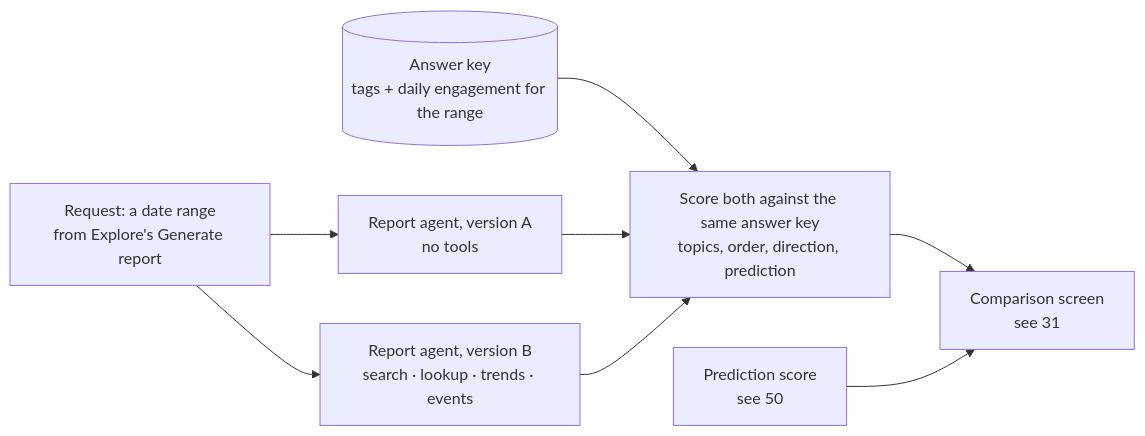
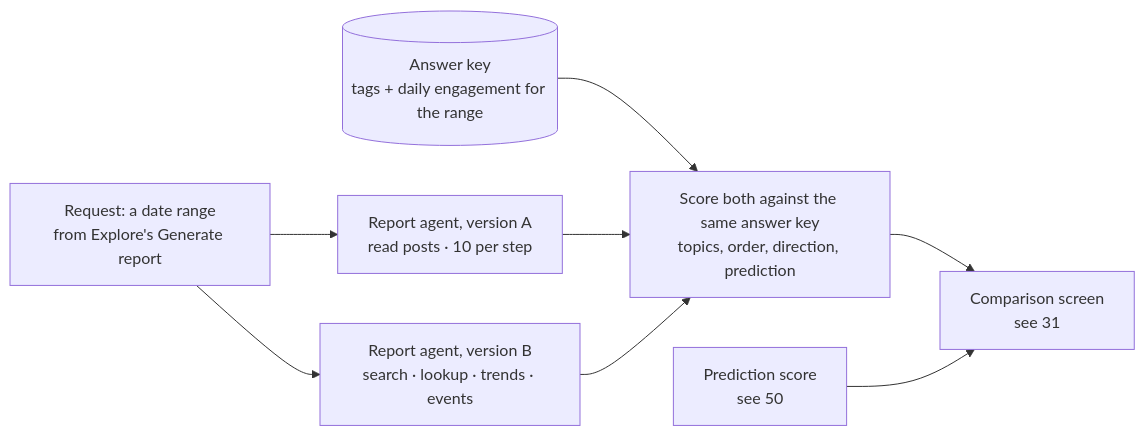
Before and after one commit to brianaderer/transcendent: the diagram in docs/atlas/70-comparison.md, drawn with Mermaid. The commit also changed other lines of this file and 22 other files, not shown here.

First line of the commit message:
report: version A reads posts without retrieval, ten per step; a nudge toward prediction

````diff
--- a/docs/atlas/70-comparison.md
+++ b/docs/atlas/70-comparison.md
@@ -11,18 +11,18 @@
 ```mermaid
 flowchart LR
     REQ["Request: a date range<br/>from Explore's Generate report"]
-    A["Report agent, version A<br/>no tools"]
+    A["Report agent, version A<br/>read posts · 10 per step"]
     B["Report agent, version B<br/>search · lookup · trends · events"]
     MEAS["Score both against the same answer key<br/>topics, order, direction, prediction"]
     KEY[("Answer key<br/>tags + daily engagement for the range")]
     KEY --> MEAS
     BT["Prediction score<br/>see 50"]
     SCR["Comparison screen<br/>see 31"]
 
     REQ --> A
     REQ --> B
     A --> MEAS
     B --> MEAS
     MEAS --> SCR
     BT --> SCR
 ```
````
